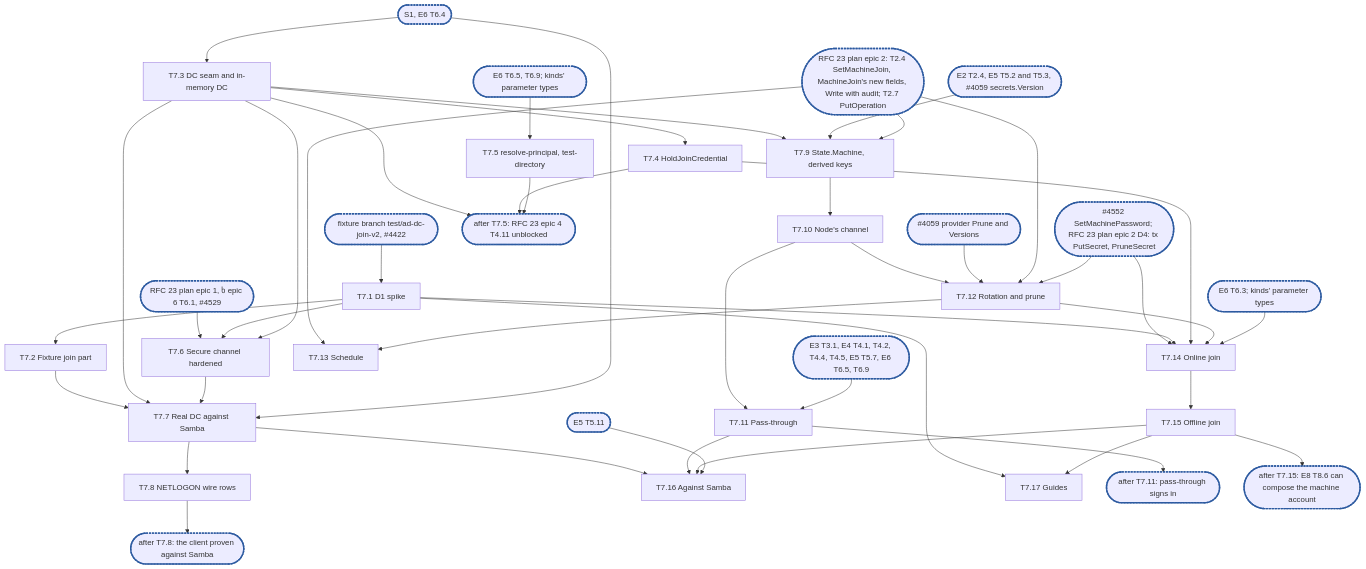
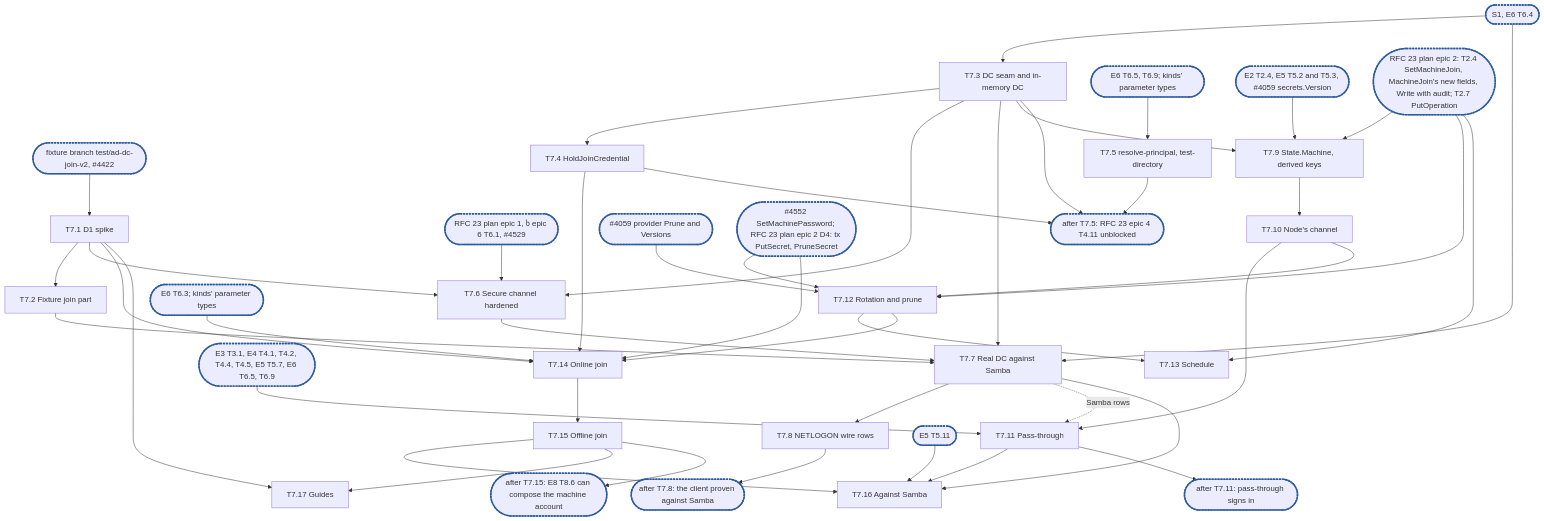
One commit to cubbit/dittofs changed the diagram in .planning/rfc-18-identity-epic7.md. Above: the diagram before and after it, drawn with Mermaid. The commit also changed other lines of this file and 7 other files, not shown here.

````diff
--- a/.planning/rfc-18-identity-epic7.md
+++ b/.planning/rfc-18-identity-epic7.md
@@ -1056,34 +1080,35 @@
 ```mermaid
 flowchart TD
   X0(["fixture branch test/ad-dc-join-v2, #4422"]):::sync --> T7_1["T7.1 D1 spike"]
   T7_1 --> T7_2["T7.2 Fixture join part"]
   X1(["S1, E6 T6.4"]):::sync --> T7_3["T7.3 DC seam and in-memory DC"]
   T7_3 --> T7_4["T7.4 HoldJoinCredential"]
   X2(["E6 T6.5, T6.9; kinds' parameter types"]):::sync --> T7_5["T7.5 resolve-principal, test-directory"]
   X9(["RFC 23 plan epic 1, #4334; epic 6 T6.1, #4529"]):::sync --> T7_6
   T7_1 & T7_3 --> T7_6["T7.6 Secure channel hardened"]
   T7_2 & T7_3 & T7_6 --> T7_7["T7.7 Real DC against Samba"]
   X1 --> T7_7
   T7_7 --> T7_8["T7.8 NETLOGON wire rows"]
   T7_3 --> T7_9["T7.9 State.Machine, derived keys"]
   X3(["E2 T2.4, E5 T5.2 and T5.3, #4059 secrets.Version"]):::sync --> T7_9
   T7_9 --> T7_10["T7.10 Node's channel"]
   T7_10 --> T7_11["T7.11 Pass-through"]
+  T7_7 -. Samba rows .-> T7_11
   X4(["E3 T3.1, E4 T4.1, T4.2, T4.4, T4.5, E5 T5.7, E6 T6.5, T6.9"]):::sync --> T7_11
   T7_10 --> T7_12["T7.12 Rotation and prune"]
   X5(["#4059 provider Prune and Versions"]):::sync --> T7_12
   X10(["RFC 23 plan epic 2: T2.4 SetMachineJoin, MachineJoin's new fields, Write with audit; T2.7 PutOperation"]):::sync --> T7_9 & T7_12 & T7_13
   X11(["#4552 SetMachinePassword; RFC 23 plan epic 2 D4: tx PutSecret, PruneSecret"]):::sync --> T7_12 & T7_14
   T7_12 --> T7_13["T7.13 Schedule"]
   T7_1 & T7_4 & T7_12 --> T7_14["T7.14 Online join"]
   X6(["E6 T6.3; kinds' parameter types"]):::sync --> T7_14
   T7_14 --> T7_15["T7.15 Offline join"]
   T7_7 & T7_11 & T7_15 --> T7_16["T7.16 Against Samba"]
   X7(["E5 T5.11"]):::sync --> T7_16
   T7_1 & T7_15 --> T7_17["T7.17 Guides"]
   T7_3 & T7_4 & T7_5 --> C1(["after T7.5: RFC 23 epic 4 T4.11 unblocked"]):::sync
   T7_8 --> C2(["after T7.8: the client proven against Samba"]):::sync
   T7_11 --> C3(["after T7.11: pass-through signs in"]):::sync
   T7_15 --> C4(["after T7.15: E8 T8.6 can compose the machine account"]):::sync
   classDef sync stroke:#2c5aa0,stroke-width:3px,stroke-dasharray:4 2
 ```
````
